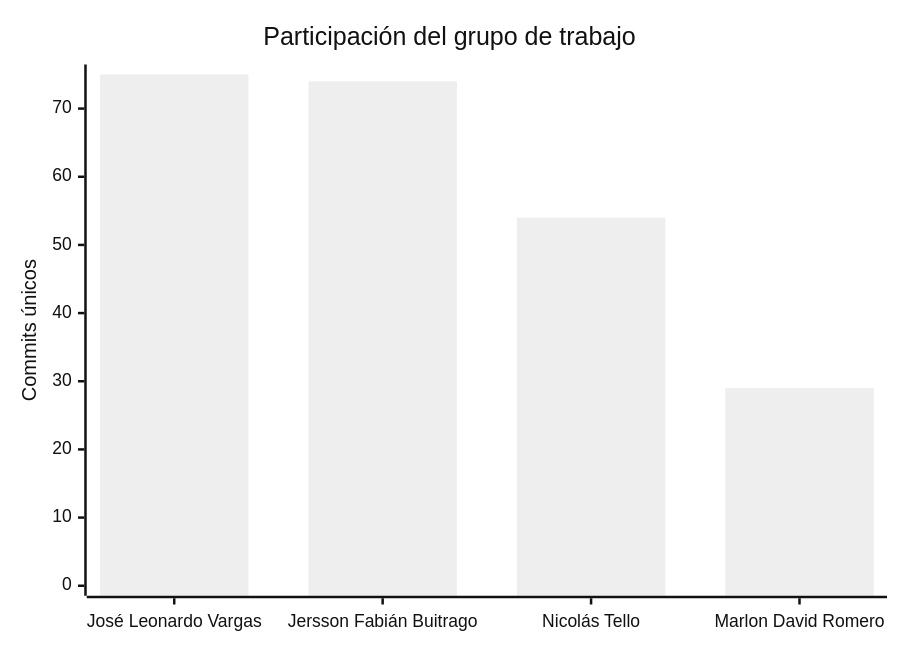
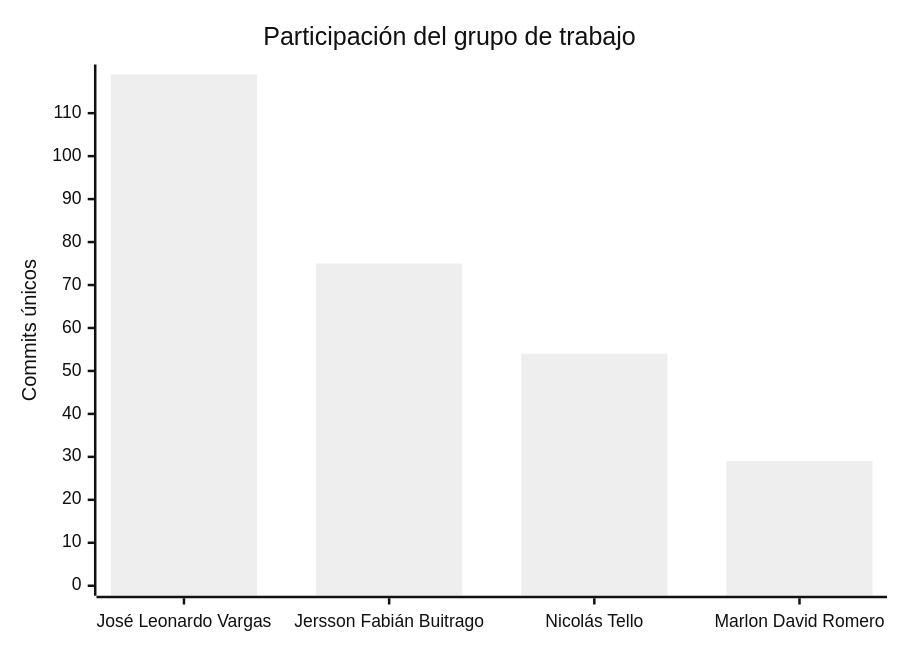
One commit to FarmaExpres/FarmaExpres changed the second of 2 diagrams in README.md. Above: the diagram before and after it, drawn with Mermaid (neutral theme). The commit also changed other lines of this file and 1 other file, not shown here.

````diff
--- a/README.md
+++ b/README.md
@@ -401,7 +401,7 @@
 ```mermaid
 xychart-beta
     title "Participación del grupo de trabajo"
     x-axis ["José Leonardo Vargas", "Jersson Fabián Buitrago", "Nicolás Tello", "Marlon David Romero"]
-    y-axis "Commits únicos" 0 --> 75
-    bar [75, 74, 54, 29]
+    y-axis "Commits únicos" 0 --> 119
+    bar [119, 75, 54, 29]
 ```
````
